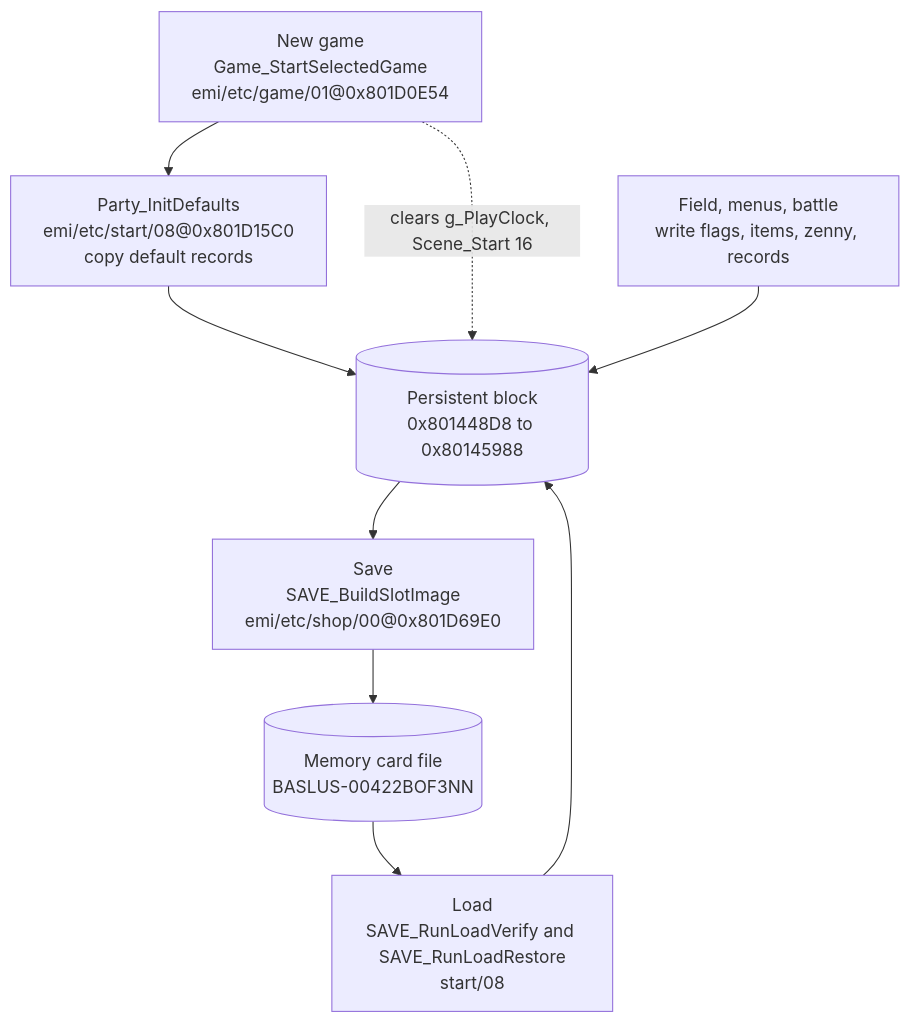
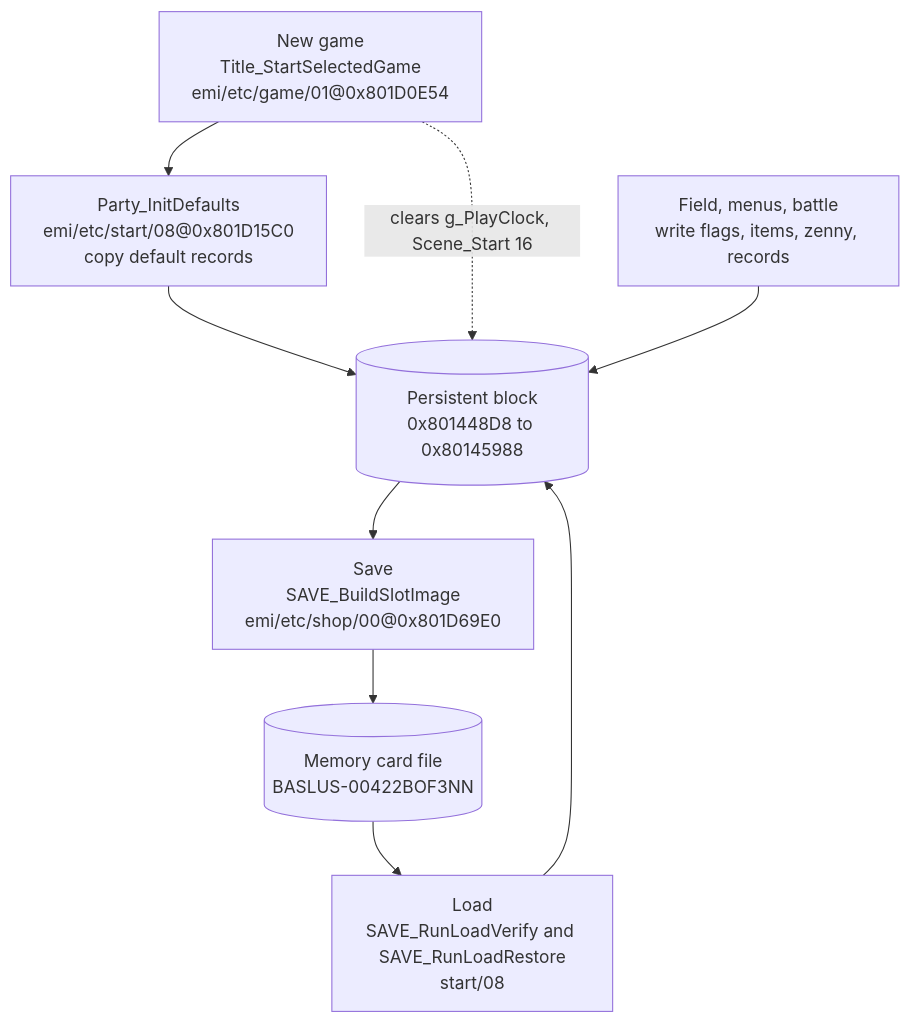
One commit to raulcorreia7/bof3-wiki changed the diagram in src/content/docs/systems/state.md. Above: the diagram before and after it, drawn with Mermaid. The commit also changed other lines of this file and 34 other files, not shown here.

````diff
--- a/src/content/docs/systems/state.md
+++ b/src/content/docs/systems/state.md
@@ -71,16 +71,16 @@
 ```mermaid
 flowchart TD
-    NG["New game<br/>Game_StartSelectedGame<br/>emi/etc/game/01@0x801D0E54"]
+    NG["New game<br/>Title_StartSelectedGame<br/>emi/etc/game/01@0x801D0E54"]
     DEF["Party_InitDefaults<br/>emi/etc/start/08@0x801D15C0<br/>copy default records"]
     LD["Load<br/>SAVE_RunLoadVerify and SAVE_RunLoadRestore<br/>start/08"]
     BLK[("Persistent block<br/>0x801448D8 to 0x80145988")]
     SV["Save<br/>SAVE_BuildSlotImage<br/>emi/etc/shop/00@0x801D69E0"]
     CARD[("Memory card file<br/>BASLUS-00422BOF3NN")]
     FIELD["Field, menus, battle<br/>write flags, items, zenny, records"]
 
     NG --> DEF --> BLK
     NG -. "clears g_PlayClock, Scene_Start 16" .-> BLK
     FIELD --> BLK
     BLK --> SV --> CARD
     CARD --> LD --> BLK
 ```
````
